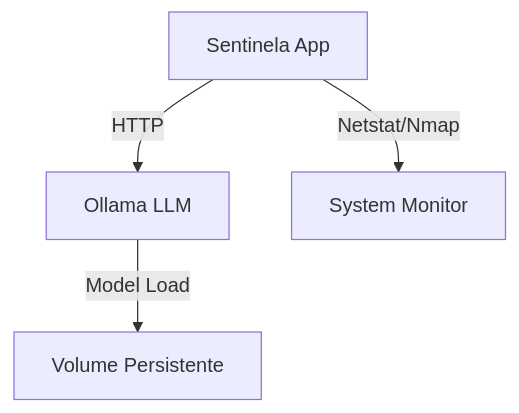
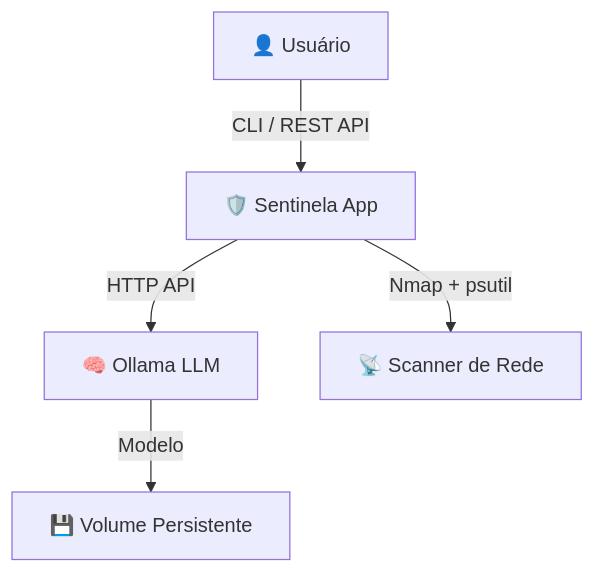
Before and after one commit to MiguelFAraujo/Sentinela: the diagram in README.md, drawn with Mermaid. The commit also changed other lines of this file and 17 other files, not shown here.

````diff
--- a/README.md
+++ b/README.md
@@ -16,6 +78,7 @@
 ```mermaid
 graph TD
-    A[Sentinela App] -->|HTTP| B[Ollama LLM]
-    A -->|Netstat/Nmap| C[System Monitor]
-    B -->|Model Load| D[Volume Persistente]
+    A["🛡️ Sentinela App"] -->|HTTP API| B["🧠 Ollama LLM"]
+    A -->|"Nmap + psutil"| C["📡 Scanner de Rede"]
+    B -->|Modelo| D["💾 Volume Persistente"]
+    E["👤 Usuário"] -->|"CLI / REST API"| A
 ```
````
